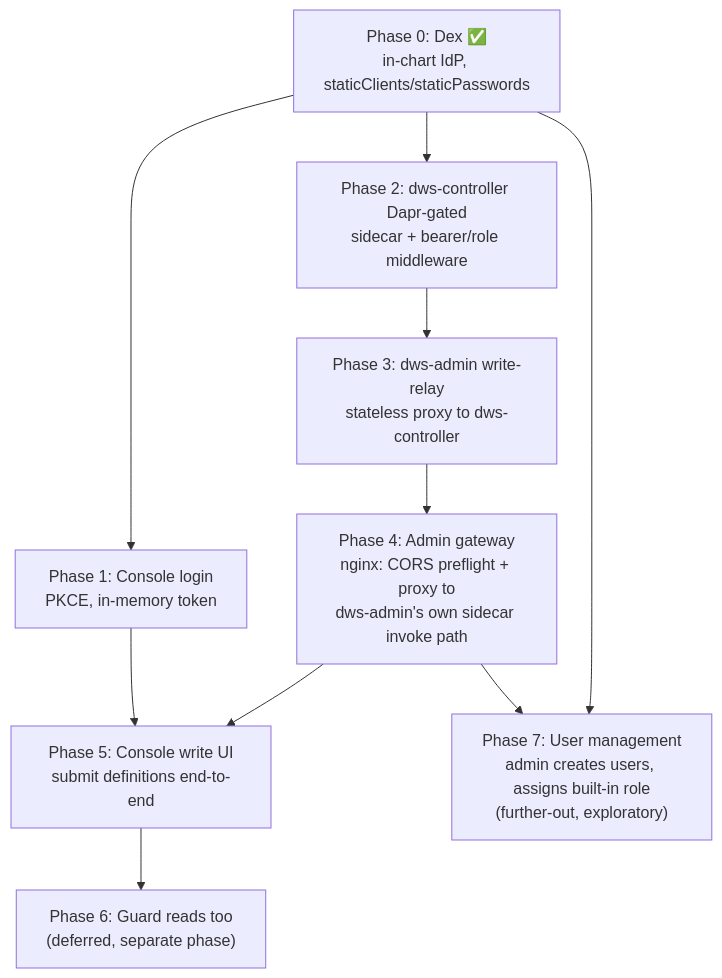
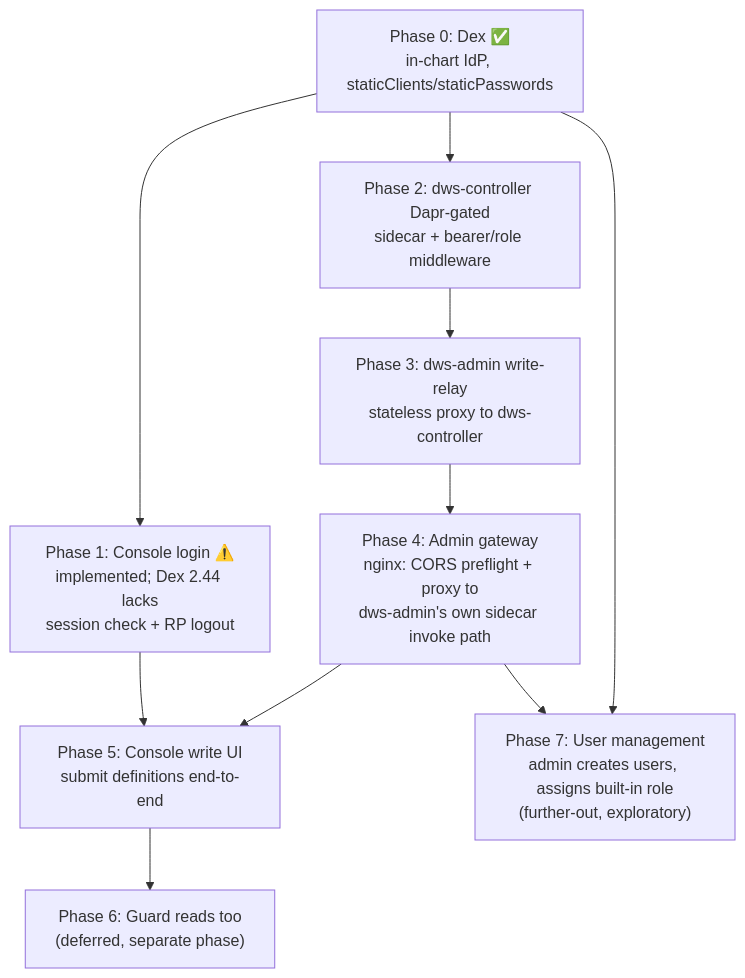
The diagram in docs/roadmaps/dws-auth.md (tonylibs/dapr-workflow-spec), drawn with Mermaid before and after one commit. The commit also changed other lines of this file and 7 other files, not shown here.

Commit message:
fix: record live dex phase 1 validation

````diff
--- a/docs/roadmaps/dws-auth.md
+++ b/docs/roadmaps/dws-auth.md
@@ -19,12 +19,12 @@
 ```mermaid
 flowchart TD
-  P0["Phase 0: Dex ✅<br/>in-chart IdP, staticClients/staticPasswords"] --> P1["Phase 1: Console login<br/>PKCE, in-memory token"]
+  P0["Phase 0: Dex ✅<br/>in-chart IdP, staticClients/staticPasswords"] --> P1["Phase 1: Console login ⚠️<br/>implemented; Dex 2.44 lacks<br/>session check + RP logout"]
   P0 --> P2["Phase 2: dws-controller Dapr-gated<br/>sidecar + bearer/role middleware"]
   P2 --> P3["Phase 3: dws-admin write-relay<br/>stateless proxy to dws-controller"]
   P3 --> P4["Phase 4: Admin gateway<br/>nginx: CORS preflight + proxy to<br/>dws-admin's own sidecar invoke path"]
   P1 --> P5["Phase 5: Console write UI<br/>submit definitions end-to-end"]
   P4 --> P5
   P5 --> P6["Phase 6: Guard reads too<br/>(deferred, separate phase)"]
   P0 --> P7["Phase 7: User management<br/>admin creates users, assigns built-in role<br/>(further-out, exploratory)"]
   P4 --> P7
 ```
````
